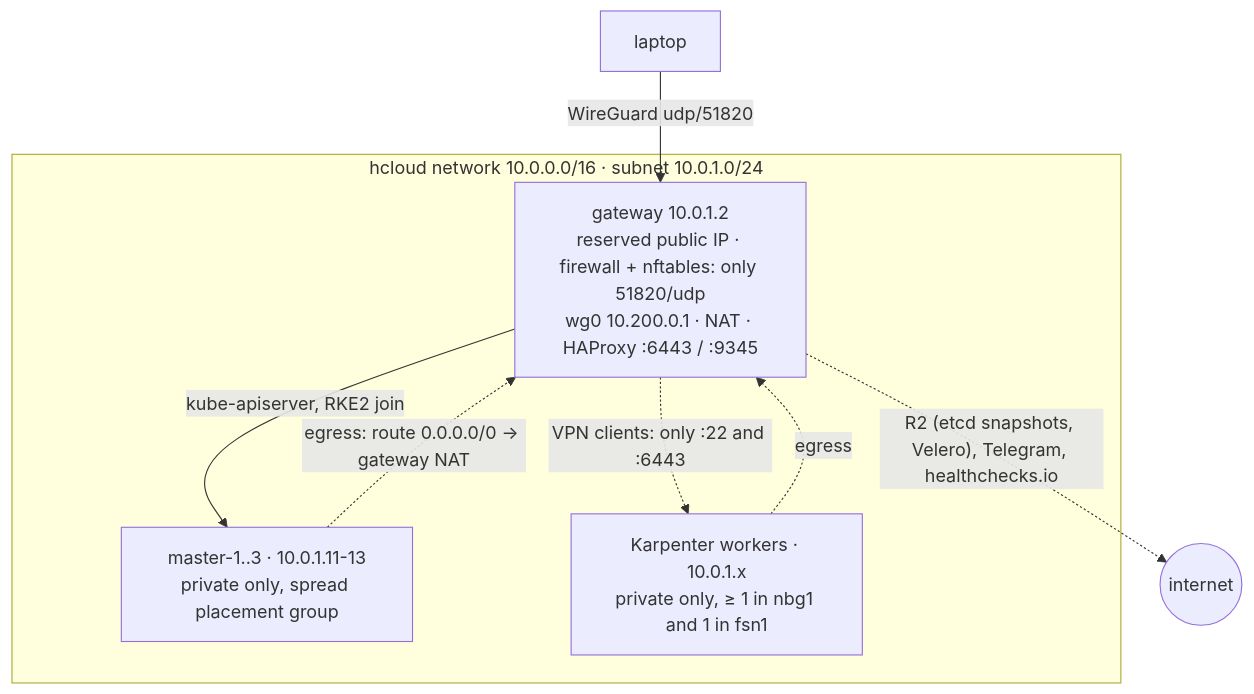
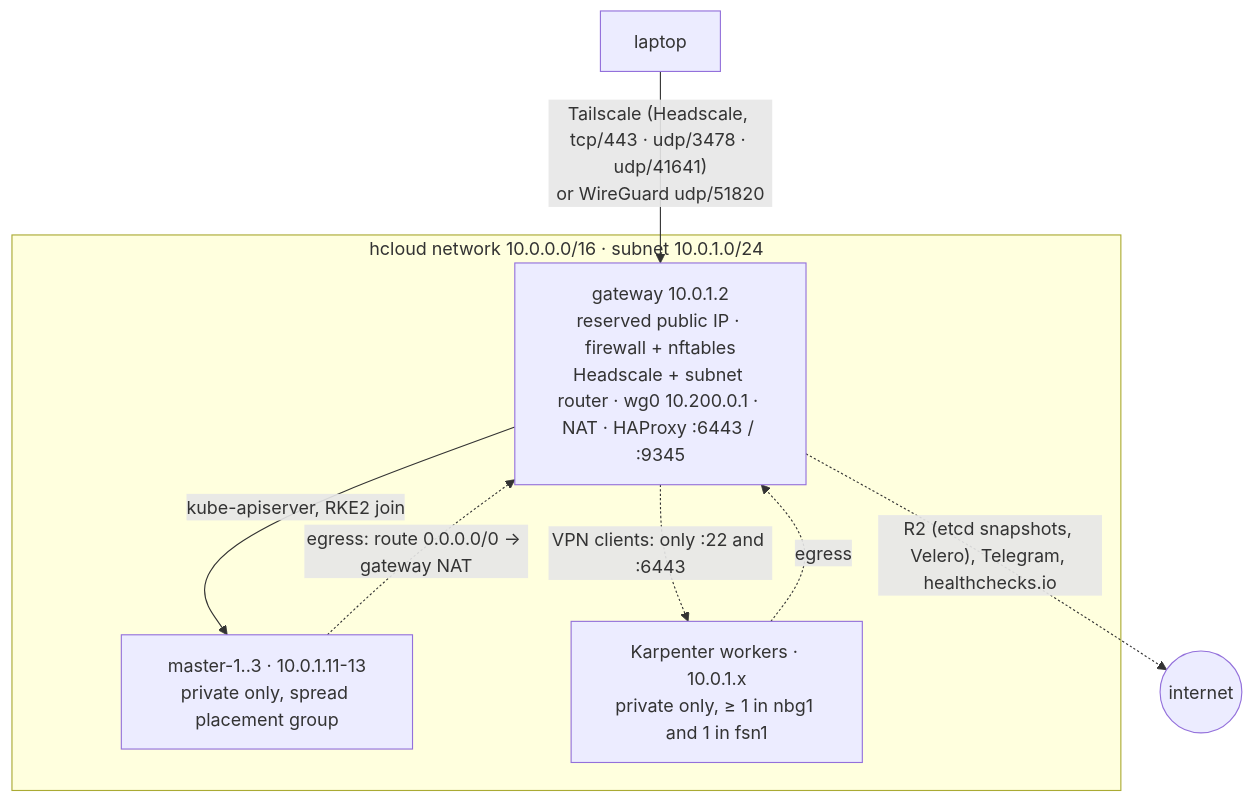
One commit to reginaldosousa/hetzner-rke2-terraform changed the diagram in README.md. Above: the diagram before and after it, drawn with Mermaid. The commit also changed other lines of this file and 7 other files, not shown here.

````diff
--- a/README.md
+++ b/README.md
@@ -22,14 +23,14 @@
 ```mermaid
 flowchart TB
-    laptop["laptop"] -- "WireGuard udp/51820" --> gw
+    laptop["laptop"] -- "Tailscale (Headscale, tcp/443 · udp/3478 · udp/41641)<br/>or WireGuard udp/51820" --> gw
     subgraph net["hcloud network 10.0.0.0/16 · subnet 10.0.1.0/24"]
-        gw["gateway 10.0.1.2<br/>reserved public IP · firewall + nftables: only 51820/udp<br/>wg0 10.200.0.1 · NAT · HAProxy :6443 / :9345"]
+        gw["gateway 10.0.1.2<br/>reserved public IP · firewall + nftables<br/>Headscale + subnet router · wg0 10.200.0.1 · NAT · HAProxy :6443 / :9345"]
         masters["master-1..3 · 10.0.1.11-13<br/>private only, spread placement group"]
         workers["Karpenter workers · 10.0.1.x<br/>private only, ≥ 1 in nbg1 and 1 in fsn1"]
     end
     gw -- "kube-apiserver, RKE2 join" --> masters
     gw -. "VPN clients: only :22 and :6443" .-> workers
     masters -. "egress: route 0.0.0.0/0 → gateway NAT" .-> gw
     workers -. "egress" .-> gw
     gw -. "R2 (etcd snapshots, Velero), Telegram, healthchecks.io" .-> ext(("internet"))
 ```
````
